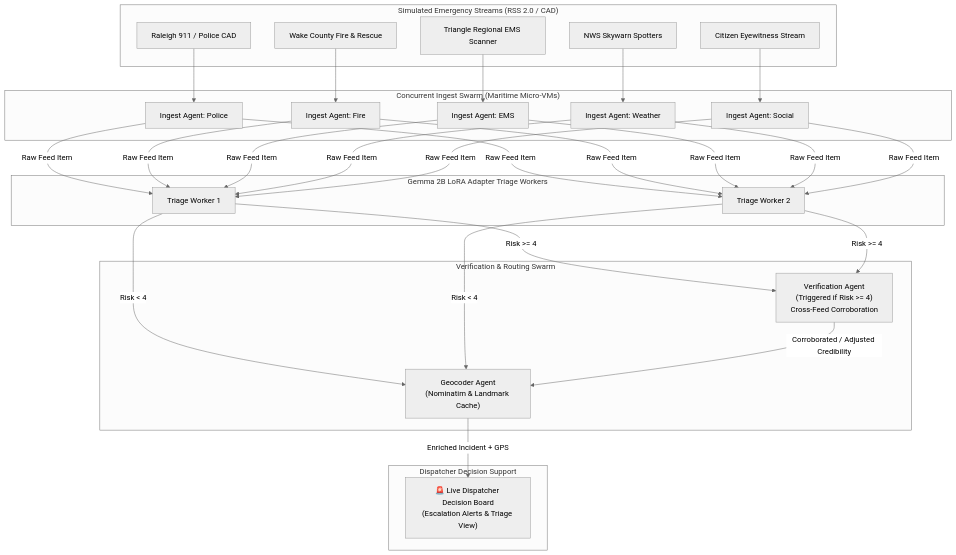
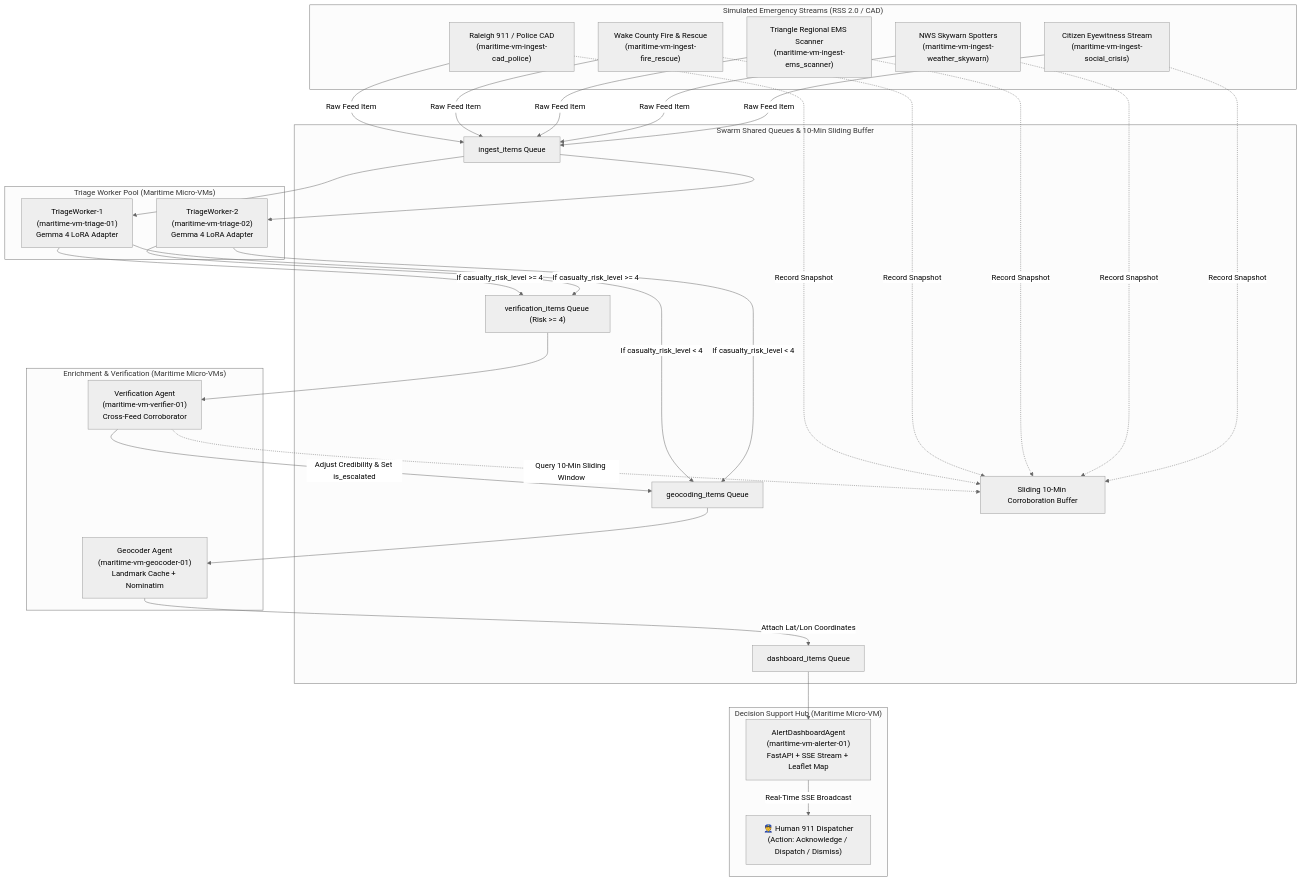
The diagram in README.md (korrectional/sentinelsentry), drawn with Mermaid (neutral theme) before and after one commit. The commit also changed other lines of this file and 21 other files, not shown here.

Commit message:
feat: upgrade to Gemma 4 multimodal swarm, web operations dashboard, and Maritime micro-VM architecture

````diff
--- a/README.md
+++ b/README.md
@@ -9,45 +27,51 @@
 ```mermaid
 flowchart TD
     subgraph Feeds ["Simulated Emergency Streams (RSS 2.0 / CAD)"]
-        F1["Raleigh 911 / Police CAD"]
-        F2["Wake County Fire & Rescue"]
-        F3["Triangle Regional EMS Scanner"]
-        F4["NWS Skywarn Spotters"]
-        F5["Citizen Eyewitness Stream"]
+        F1["Raleigh 911 / Police CAD\n(maritime-vm-ingest-cad_police)"]
+        F2["Wake County Fire & Rescue\n(maritime-vm-ingest-fire_rescue)"]
+        F3["Triangle Regional EMS Scanner\n(maritime-vm-ingest-ems_scanner)"]
+        F4["NWS Skywarn Spotters\n(maritime-vm-ingest-weather_skywarn)"]
+        F5["Citizen Eyewitness Stream\n(maritime-vm-ingest-social_crisis)"]
     end
 
-    subgraph IngestSwarm ["Concurrent Ingest Swarm (Maritime Micro-VMs)"]
-        I1["Ingest Agent: Police"]
-        I2["Ingest Agent: Fire"]
-        I3["Ingest Agent: EMS"]
-        I4["Ingest Agent: Weather"]
-        I5["Ingest Agent: Social"]
+    subgraph Bus ["Swarm Shared Queues & 10-Min Sliding Buffer"]
+        Q_Ingest["ingest_items Queue"]
+        Q_Verify["verification_items Queue (Risk >= 4)"]
+        Q_Geo["geocoding_items Queue"]
+        Q_Dash["dashboard_items Queue"]
+        Buf_Sliding["Sliding 10-Min Corroboration Buffer"]
     end
 
-    subgraph TriageStage ["Gemma 2B LoRA Adapter Triage Workers"]
-        TW1["Triage Worker 1"]
-        TW2["Triage Worker 2"]
+    subgraph TriageVMs ["Triage Worker Pool (Maritime Micro-VMs)"]
+        TW1["TriageWorker-1\n(maritime-vm-triage-01)\nGemma 4 LoRA Adapter"]
+        TW2["TriageWorker-2\n(maritime-vm-triage-02)\nGemma 4 LoRA Adapter"]
     end
 
-    subgraph EnrichmentSwarm ["Verification & Routing Swarm"]
-        V["Verification Agent\n(Triggered if Risk >= 4)\nCross-Feed Corroboration"]
-        G["Geocoder Agent\n(Nominatim & Landmark Cache)"]
+    subgraph EnrichmentVMs ["Enrichment & Verification (Maritime Micro-VMs)"]
+        VA["Verification Agent\n(maritime-vm-verifier-01)\nCross-Feed Corroborator"]
+        GA["Geocoder Agent\n(maritime-vm-geocoder-01)\nLandmark Cache + Nominatim"]
     end
 
-    subgraph HumanDecision ["Dispatcher Decision Support"]
-        D["🚨 Live Dispatcher Decision Board\n(Escalation Alerts & Triage View)"]
+    subgraph OperationsCenter ["Decision Support Hub (Maritime Micro-VM)"]
+        DA["AlertDashboardAgent\n(maritime-vm-alerter-01)\nFastAPI + SSE Stream + Leaflet Map"]
+        Human["👮 Human 911 Dispatcher\n(Action: Acknowledge / Dispatch / Dismiss)"]
     end
 
-    F1 --> I1
-    F2 --> I2
-    F3 --> I3
-    F4 --> I4
-    F5 --> I5
+    F1 & F2 & F3 & F4 & F5 -->|Raw Feed Item| Q_Ingest
+    F1 & F2 & F3 & F4 & F5 -.->|Record Snapshot| Buf_Sliding
 
-    I1 & I2 & I3 & I4 & I5 -->|Raw Feed Item| TW1 & TW2
+    Q_Ingest --> TW1 & TW2
 
-    TW1 & TW2 -->|Risk >= 4| V
-    TW1 & TW2 -->|Risk < 4| G
-    V -->|Corroborated / Adjusted Credibility| G
-    G -->|Enriched Incident + GPS| D
+    TW1 & TW2 -->|If casualty_risk_level >= 4| Q_Verify
+    TW1 & TW2 -->|If casualty_risk_level < 4| Q_Geo
+
+    Q_Verify --> VA
+    VA -.->|Query 10-Min Sliding Window| Buf_Sliding
+    VA -->|Adjust Credibility & Set is_escalated| Q_Geo
+
+    Q_Geo --> GA
+    GA -->|Attach Lat/Lon Coordinates| Q_Dash
+
+    Q_Dash --> DA
+    DA -->|Real-Time SSE Broadcast| Human
 ```
````
